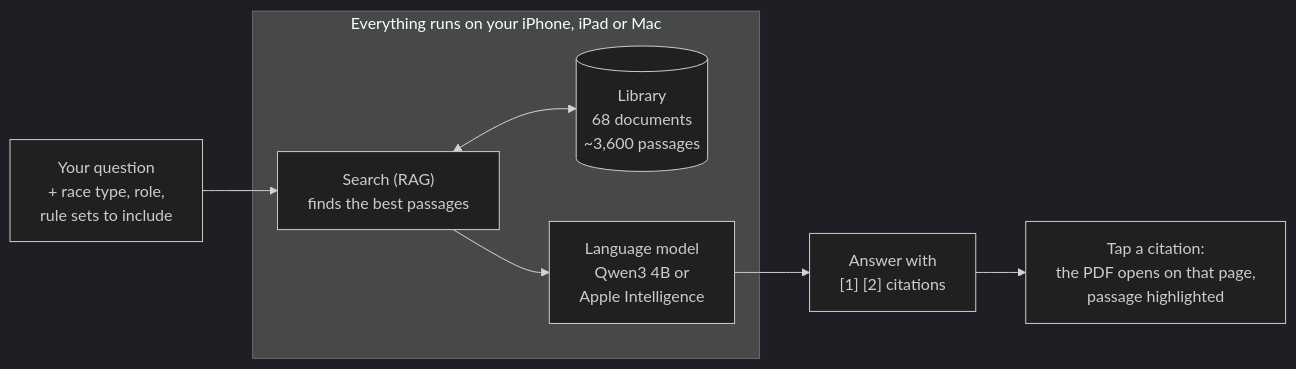
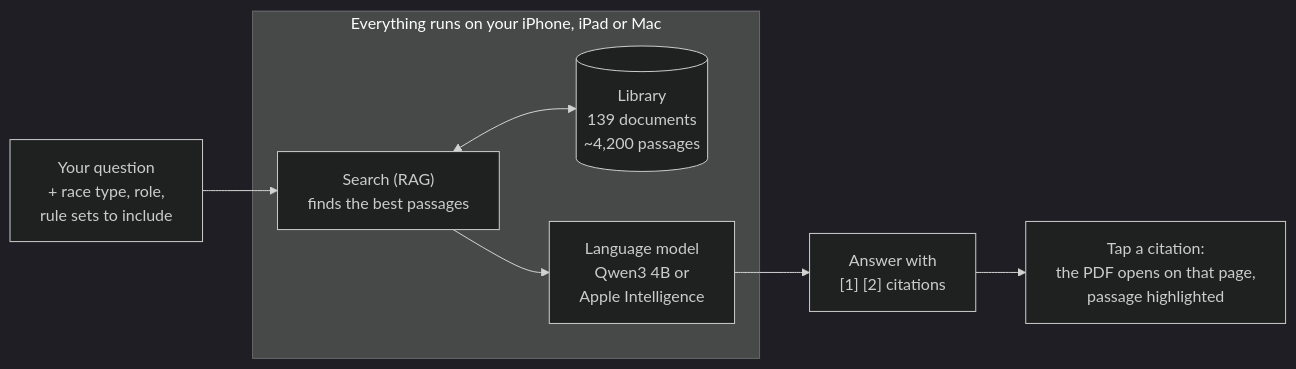
Before and after one commit to hofftodd/arc-alpine-racing-companion: the diagram in ARCHITECTURE.md, drawn with Mermaid (dark theme). The commit also changed other lines of this file and 7 other files, not shown here.

````diff
--- a/ARCHITECTURE.md
+++ b/ARCHITECTURE.md
@@ -17,10 +17,10 @@
 ```mermaid
 flowchart LR
     Q["Your question<br/>+ race type, role,<br/>rule sets to include"] --> S
     subgraph Phone["Everything runs on your iPhone, iPad or Mac"]
-        S["Search (RAG)<br/>finds the best passages"] <--> DB[("Library<br/>68 documents<br/>~3,600 passages")]
+        S["Search (RAG)<br/>finds the best passages"] <--> DB[("Library<br/>139 documents<br/>~4,200 passages")]
         S --> L["Language model<br/>Qwen3 4B or<br/>Apple Intelligence"]
     end
     L --> A["Answer with<br/>[1] [2] citations"]
     A --> P["Tap a citation:<br/>the PDF opens on that page,<br/>passage highlighted"]
 ```
````
